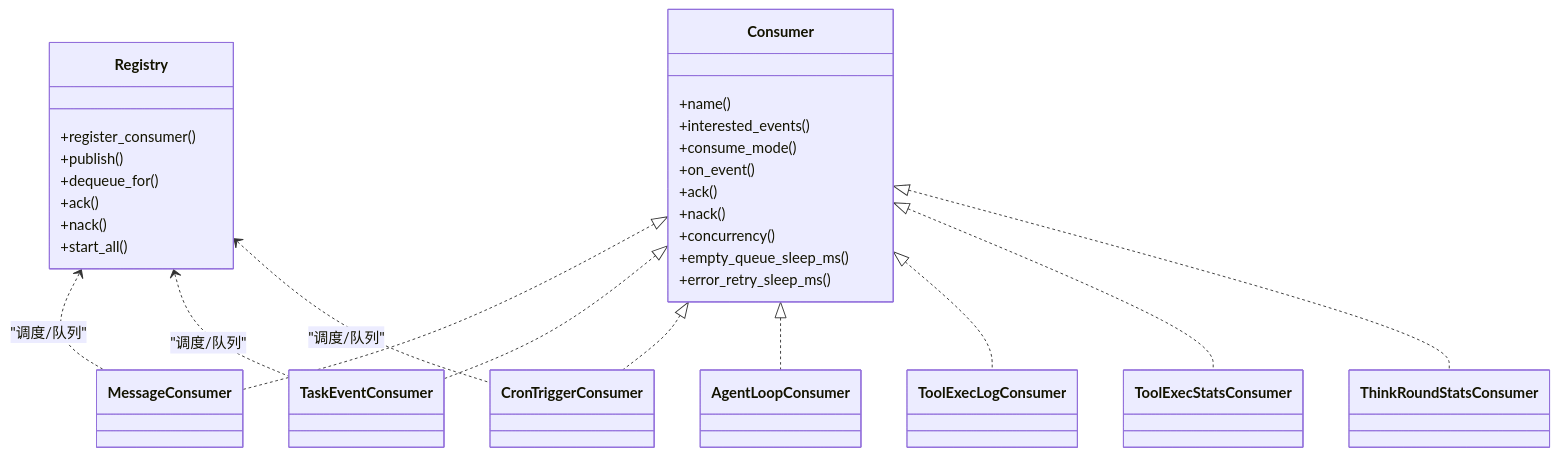
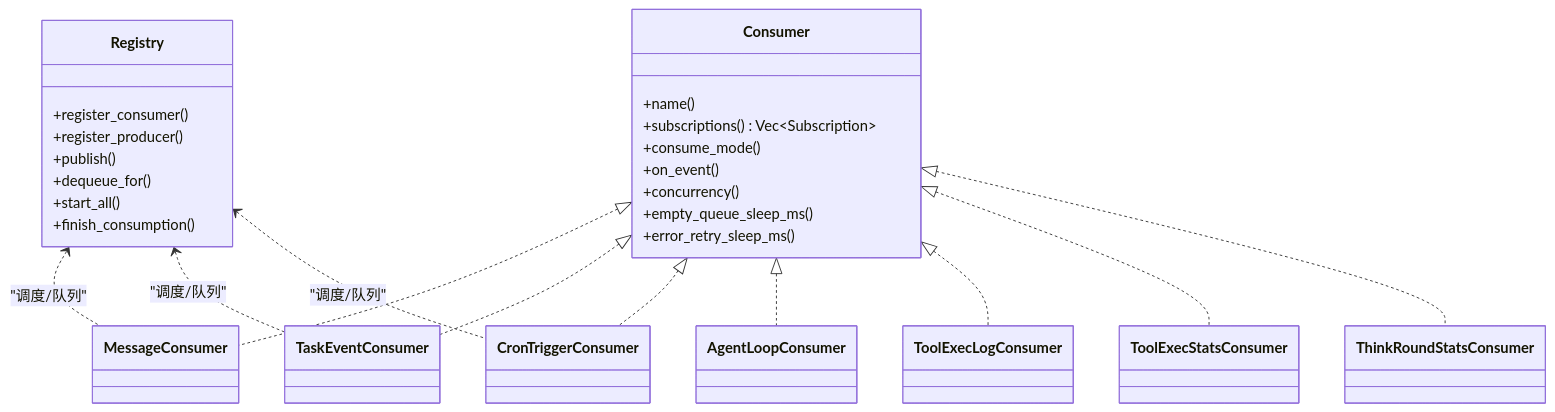
The fifth of 5 diagrams in docs/wiki/zh/content/核心模块/AOP 事件系统/消费者框架/消息消费者.md (runningcoders/ai_orz), drawn with Mermaid before and after one commit. The commit also changed other lines of this file and 37 other files, not shown here.

````diff
--- a/docs/wiki/zh/content/核心模块/AOP 事件系统/消费者框架/消息消费者.md
+++ b/docs/wiki/zh/content/核心模块/AOP 事件系统/消费者框架/消息消费者.md
@@ -270,39 +277,37 @@
 ```mermaid
 classDiagram
 class Consumer {
 +name()
-+interested_events()
++subscriptions() Vec~Subscription~
 +consume_mode()
 +on_event()
-+ack()
-+nack()
 +concurrency()
 +empty_queue_sleep_ms()
 +error_retry_sleep_ms()
 }
 class Registry {
 +register_consumer()
++register_producer()
 +publish()
 +dequeue_for()
-+ack()
-+nack()
 +start_all()
++finish_consumption()
 }
 class MessageConsumer
 class TaskEventConsumer
 class CronTriggerConsumer
 class AgentLoopConsumer
 class ToolExecLogConsumer
 class ToolExecStatsConsumer
 class ThinkRoundStatsConsumer
 Consumer <|.. MessageConsumer
 Consumer <|.. TaskEventConsumer
 Consumer <|.. CronTriggerConsumer
 Consumer <|.. AgentLoopConsumer
 Consumer <|.. ToolExecLogConsumer
 Consumer <|.. ToolExecStatsConsumer
 Consumer <|.. ThinkRoundStatsConsumer
 Registry <.. MessageConsumer : "调度/队列"
 Registry <.. TaskEventConsumer : "调度/队列"
 Registry <.. CronTriggerConsumer : "调度/队列"
 ```
````
